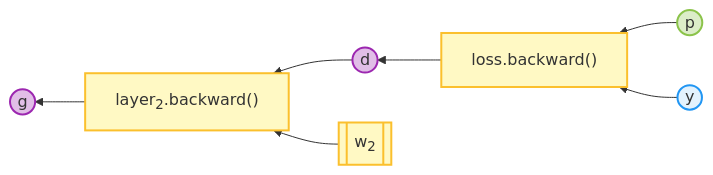
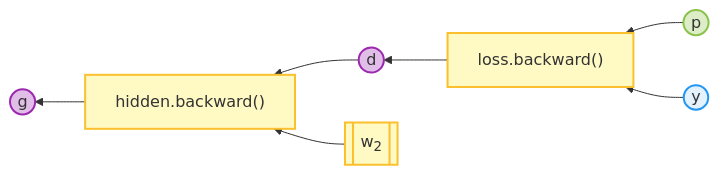
Before and after one commit to GPTmini/GPTmini: the diagram in mermaid-scripts/01-layer-backward.mmd, drawn with Mermaid. The commit also changed 1 other file, not shown here.

```diff
--- a/mermaid-scripts/01-layer-backward.mmd
+++ b/mermaid-scripts/01-layer-backward.mmd
@@ -1,12 +1,12 @@
 flowchart RL
     classDef in fill:#E3F2FD,stroke:#2196F3,stroke-width:2px;
     classDef model fill:#FFF9C4,stroke:#FBC02D,stroke-width:2px;
     classDef data fill:#E1BEE7,stroke:#9C27B0,stroke-width:2px;
     classDef test fill:#F8BBD0,stroke:#E91E63,stroke-width:2px;
     classDef out fill:#DCEDC8,stroke:#8BC34A,stroke-width:2px;
     classDef skip stroke:#B0BEC5,stroke-width:2px,stroke-dasharray: 5 5;
 
     P((p)):::out --> G1["loss.backward()"]:::model --> og((d)):::data
-    og --> G2["layer<sub>2</sub>.backward()"]:::model --> hg((g)):::data
+    og --> G2["hidden.backward()"]:::model --> hg((g)):::data
     Y((y)):::in --> G1
     W2[[w<sub>2</sub>]]:::model --> G2
```
